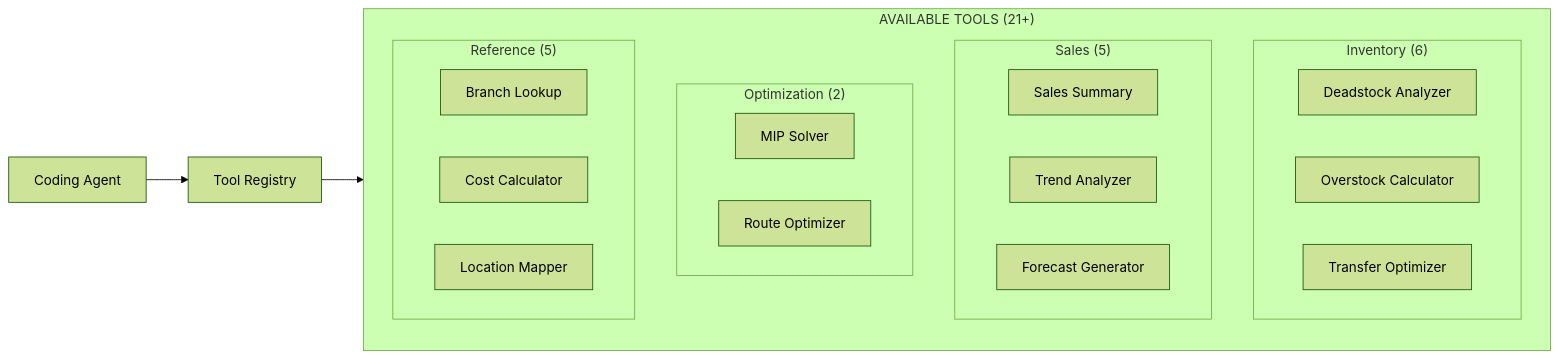
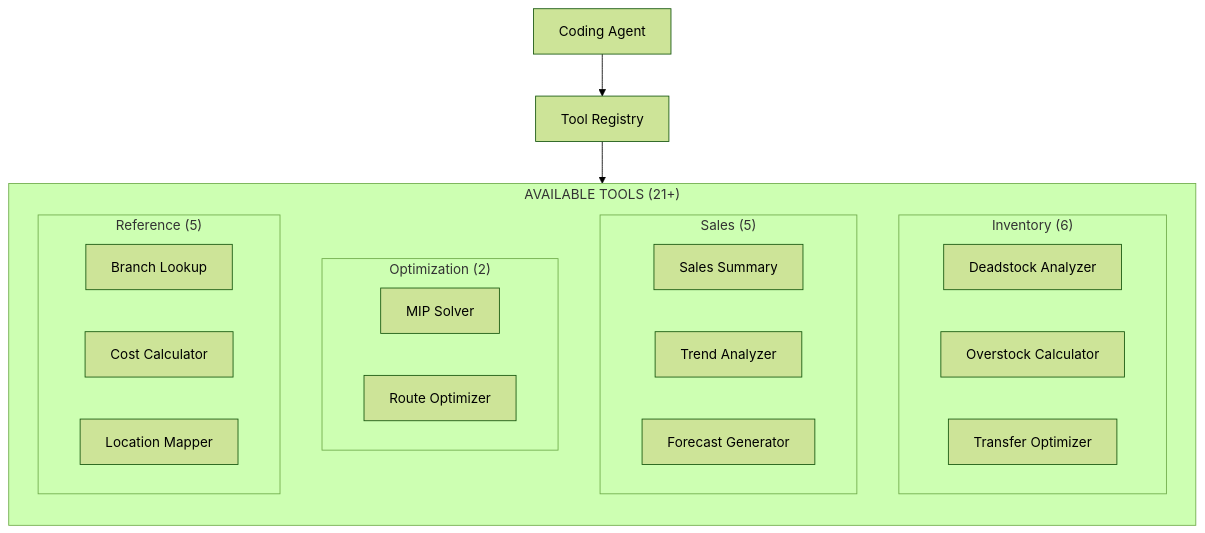
The third of 4 diagrams in ip/coding-agents.mdx (ashishsuperatom/tech-docs), drawn with Mermaid (forest theme) before and after one commit. The commit also changed other lines of this file and 37 other files, not shown here.

First line of the commit message:
Clean up docs: remove em-dashes, fix mermaid diagrams, remove emojis

````diff
--- a/ip/coding-agents.mdx
+++ b/ip/coding-agents.mdx
@@ -209,29 +206,29 @@
 ```mermaid
-flowchart LR
+flowchart TD
     AGENT["Coding Agent"] --> TOOLS["Tool Registry"]
 
     subgraph TOOLS_LIST["AVAILABLE TOOLS (21+)"]
         direction TB
         subgraph INVENTORY["Inventory (6)"]
             I1["Deadstock Analyzer"]
             I2["Overstock Calculator"]
             I3["Transfer Optimizer"]
         end
         subgraph SALES["Sales (5)"]
             S1["Sales Summary"]
             S2["Trend Analyzer"]
             S3["Forecast Generator"]
         end
         subgraph OPT["Optimization (2)"]
             O1["MIP Solver"]
             O2["Route Optimizer"]
         end
         subgraph REF["Reference (5)"]
             R1["Branch Lookup"]
             R2["Cost Calculator"]
             R3["Location Mapper"]
         end
     end
 
     TOOLS --> TOOLS_LIST
 ```
````
